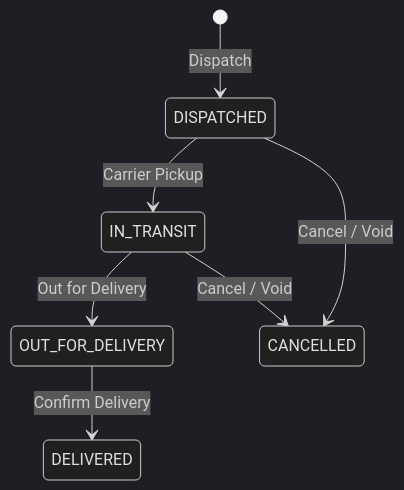
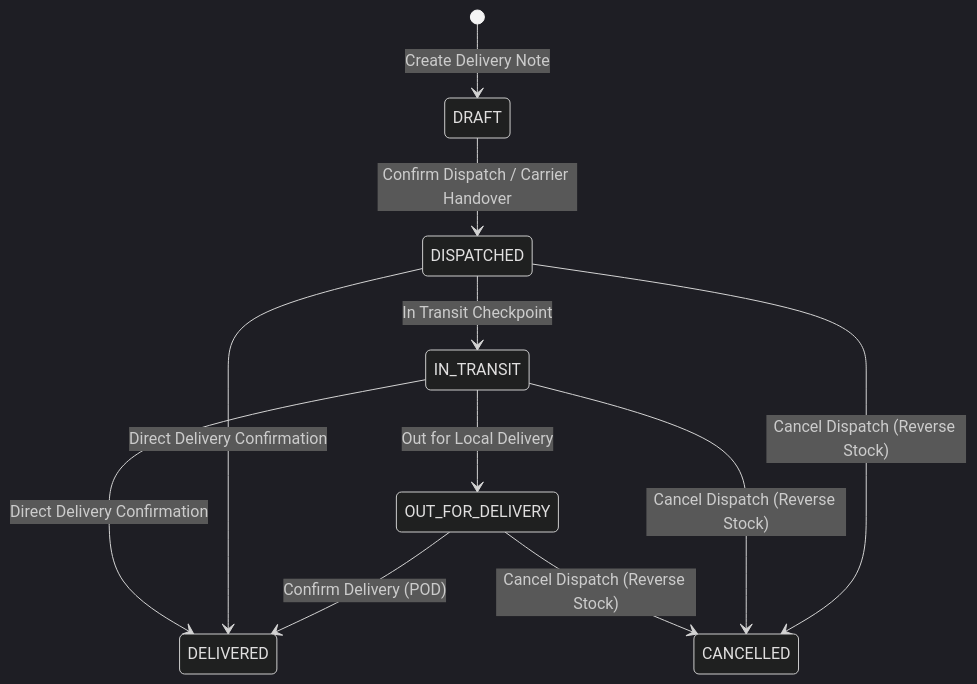
The first of 2 diagrams in user-guides/modules/logistics.md (tenarm/docs), drawn with Mermaid (dark theme) before and after one commit. The commit also changed other lines of this file and 42 other files, not shown here.

````diff
--- a/user-guides/modules/logistics.md
+++ b/user-guides/modules/logistics.md
@@ -19,9 +31,15 @@
 ```mermaid
 stateDiagram-v2
-    [*] --> DISPATCHED : Dispatch
-    DISPATCHED --> IN_TRANSIT : Carrier Pickup
-    IN_TRANSIT --> OUT_FOR_DELIVERY : Out for Delivery
-    OUT_FOR_DELIVERY --> DELIVERED : Confirm Delivery
-    DISPATCHED --> CANCELLED : Cancel / Void
-    IN_TRANSIT --> CANCELLED : Cancel / Void
+    [*] --> DRAFT : Create Delivery Note
+    DRAFT --> DISPATCHED : Confirm Dispatch / Carrier Handover
+    DISPATCHED --> IN_TRANSIT : In Transit Checkpoint
+    IN_TRANSIT --> OUT_FOR_DELIVERY : Out for Local Delivery
+    OUT_FOR_DELIVERY --> DELIVERED : Confirm Delivery (POD)
+    
+    DISPATCHED --> DELIVERED : Direct Delivery Confirmation
+    IN_TRANSIT --> DELIVERED : Direct Delivery Confirmation
+    
+    DISPATCHED --> CANCELLED : Cancel Dispatch (Reverse Stock)
+    IN_TRANSIT --> CANCELLED : Cancel Dispatch (Reverse Stock)
+    OUT_FOR_DELIVERY --> CANCELLED : Cancel Dispatch (Reverse Stock)
 ```
````
